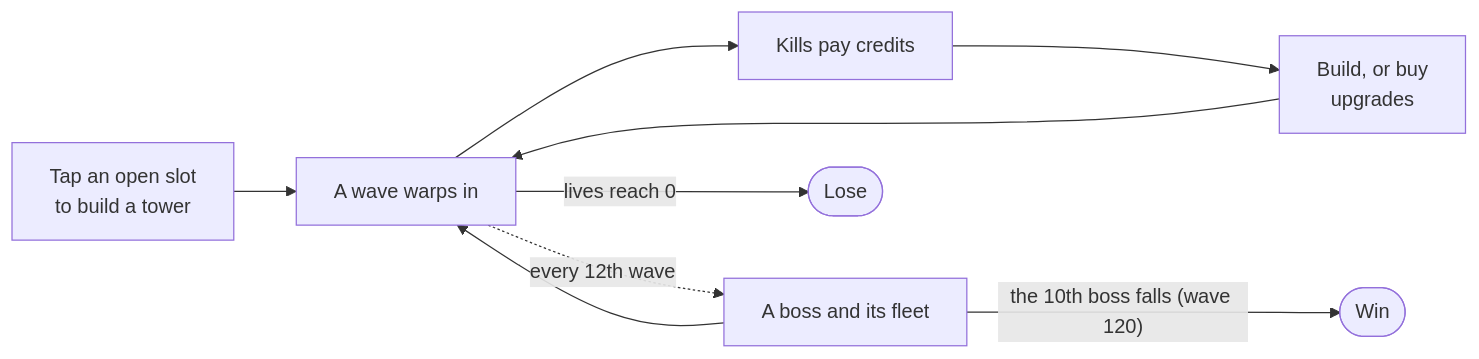
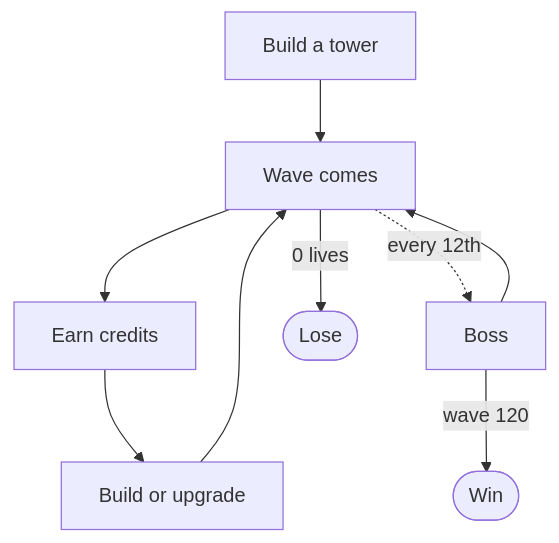
Before and after one commit to wai-lau/spire: the diagram in README.md, drawn with Mermaid. The commit also changed other lines of this file, not shown here.

Commit message:
Spire docs: README - the loop diagram's labels cut short so they fit their boxes (Earn credits, not Kills pay credits), a humanizer pass [skip-docs]
Claude-Session: https://claude.ai/code/session_01239ZY2yXMjPZHNbAoAaFx6

````diff
--- a/README.md
+++ b/README.md
@@ -13,11 +13,11 @@
 ```mermaid
-flowchart LR
-  build["Tap an open slot<br/>to build a tower"] --> wave["A wave warps in"]
-  wave --> kills["Kills pay credits"]
-  kills --> spend["Build, or buy<br/>upgrades"]
+flowchart TD
+  build["Build a tower"] --> wave["Wave comes"]
+  wave --> pay["Earn credits"]
+  pay --> spend["Build or upgrade"]
   spend --> wave
-  wave -. "every 12th wave" .-> boss["A boss and its fleet"]
+  wave -. "every 12th" .-> boss["Boss"]
   boss --> wave
-  boss -- "the 10th boss falls (wave 120)" --> win(["Win"])
-  wave -- "lives reach 0" --> lose(["Lose"])
+  boss -- "wave 120" --> win(["Win"])
+  wave -- "0 lives" --> lose(["Lose"])
 ```
````
